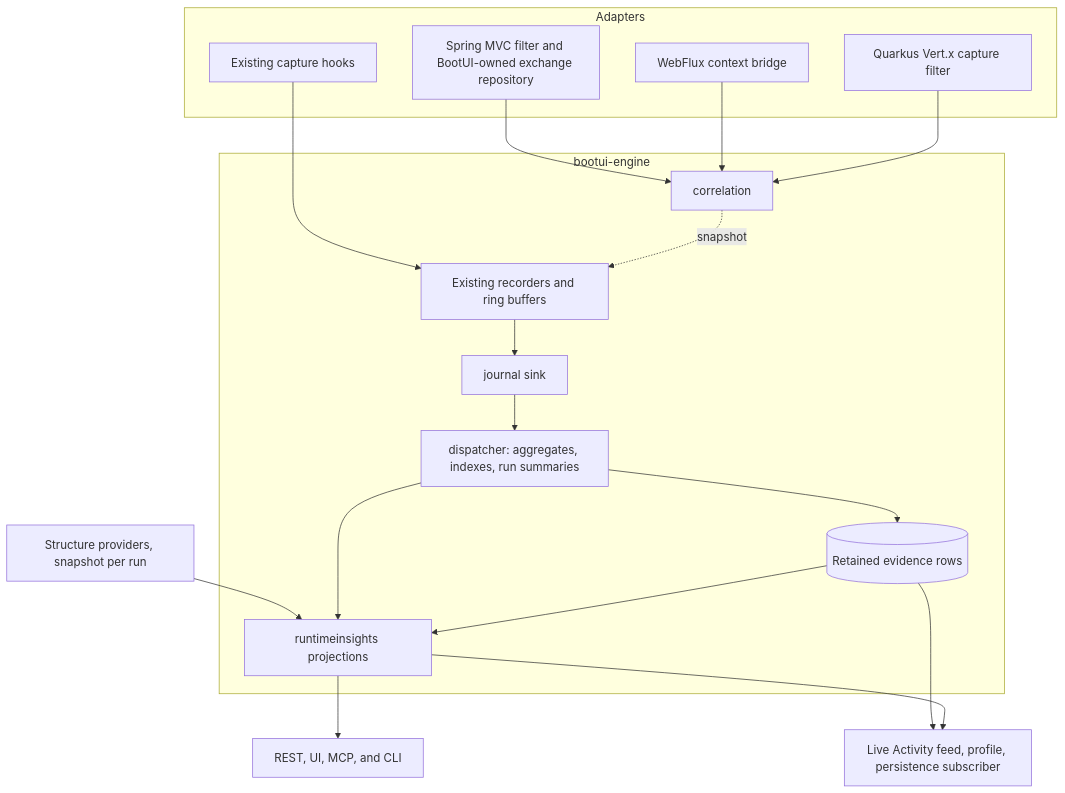
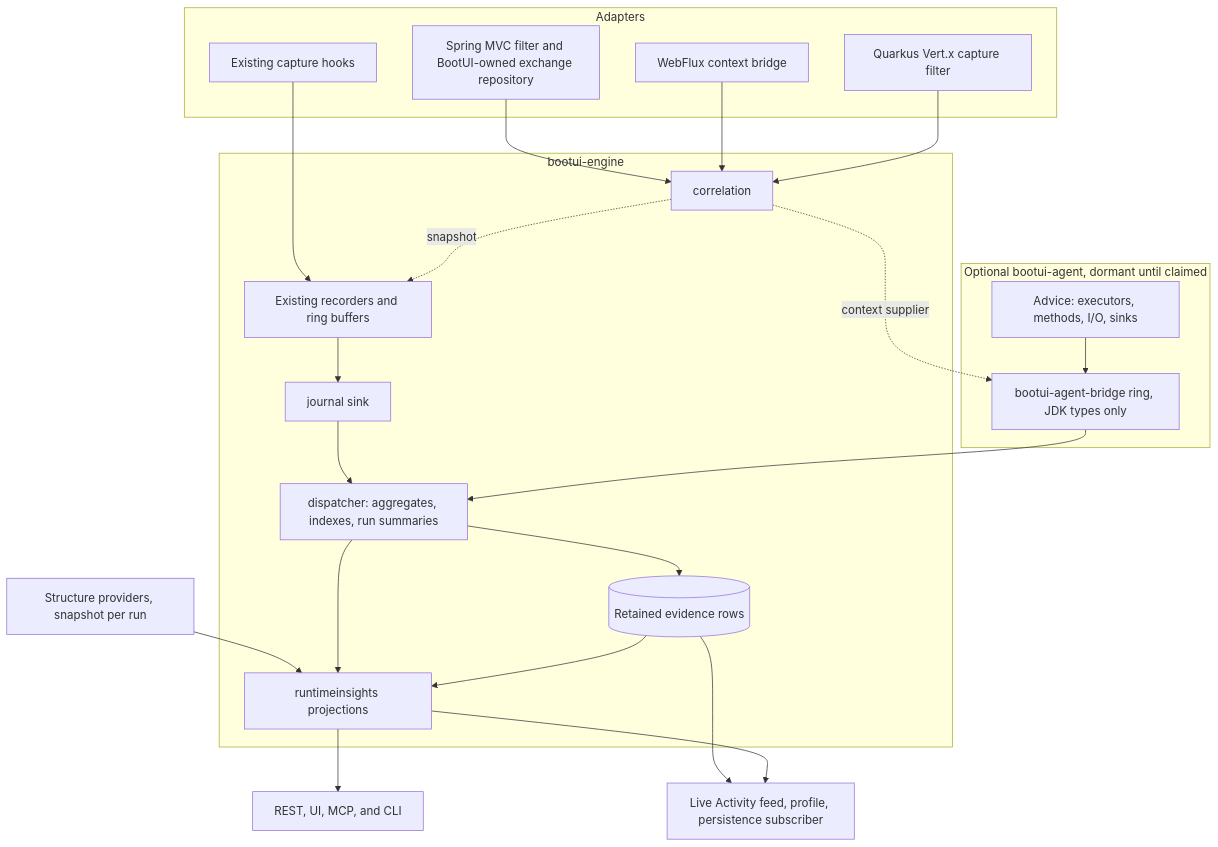
Before and after one commit to jdubois/boot-ui: the second of 2 diagrams in docs/PLAN-v2.md, drawn with Mermaid. The commit also changed other lines of this file, not shown here.

First line of the commit message:
docs(plan-v2): add optional BootUI Java agent (M5, §5.13-§5.17)

````diff
--- a/docs/PLAN-v2.md
+++ b/docs/PLAN-v2.md
@@ -909,30 +1311,36 @@
 ```mermaid
 flowchart TB
   subgraph Adapters
     MVC[Spring MVC filter and BootUI-owned exchange repository]
     FLUX[WebFlux context bridge]
     QK[Quarkus Vert.x capture filter]
     HOOKS[Existing capture hooks]
+  end
+  subgraph Agent[Optional bootui-agent, dormant until claimed]
+    ADV[Advice: executors, methods, I/O, sinks]
+    BR[bootui-agent-bridge ring, JDK types only]
   end
   subgraph Engine[bootui-engine]
     CC[correlation]
     REC[Existing recorders and ring buffers]
     SINK[journal sink]
     DISP[dispatcher: aggregates, indexes, run summaries]
     J[(Retained evidence rows)]
     P[runtimeinsights projections]
   end
   MVC --> CC
   FLUX --> CC
   QK --> CC
   HOOKS --> REC
   CC -.snapshot.-> REC
   REC --> SINK --> DISP
   DISP --> J
   STRUCT[Structure providers, snapshot per run] --> P
   DISP --> P
   J --> P
   J --> LA[Live Activity feed, profile, persistence subscriber]
   P --> API[REST, UI, MCP, and CLI]
   P --> LA
+  CC -.context supplier.-> BR
+  ADV --> BR --> DISP
 ```
````
